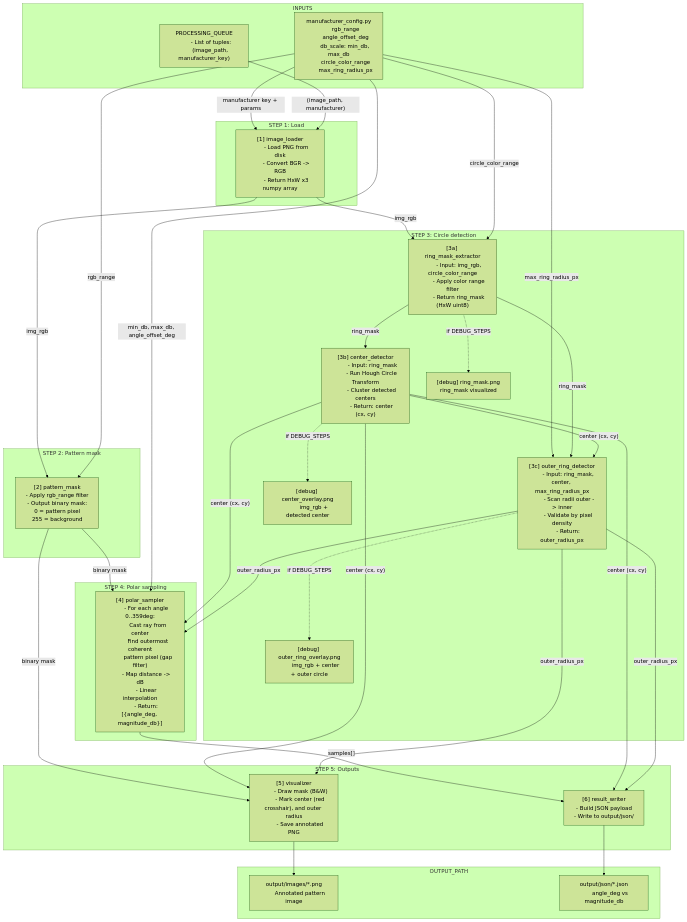
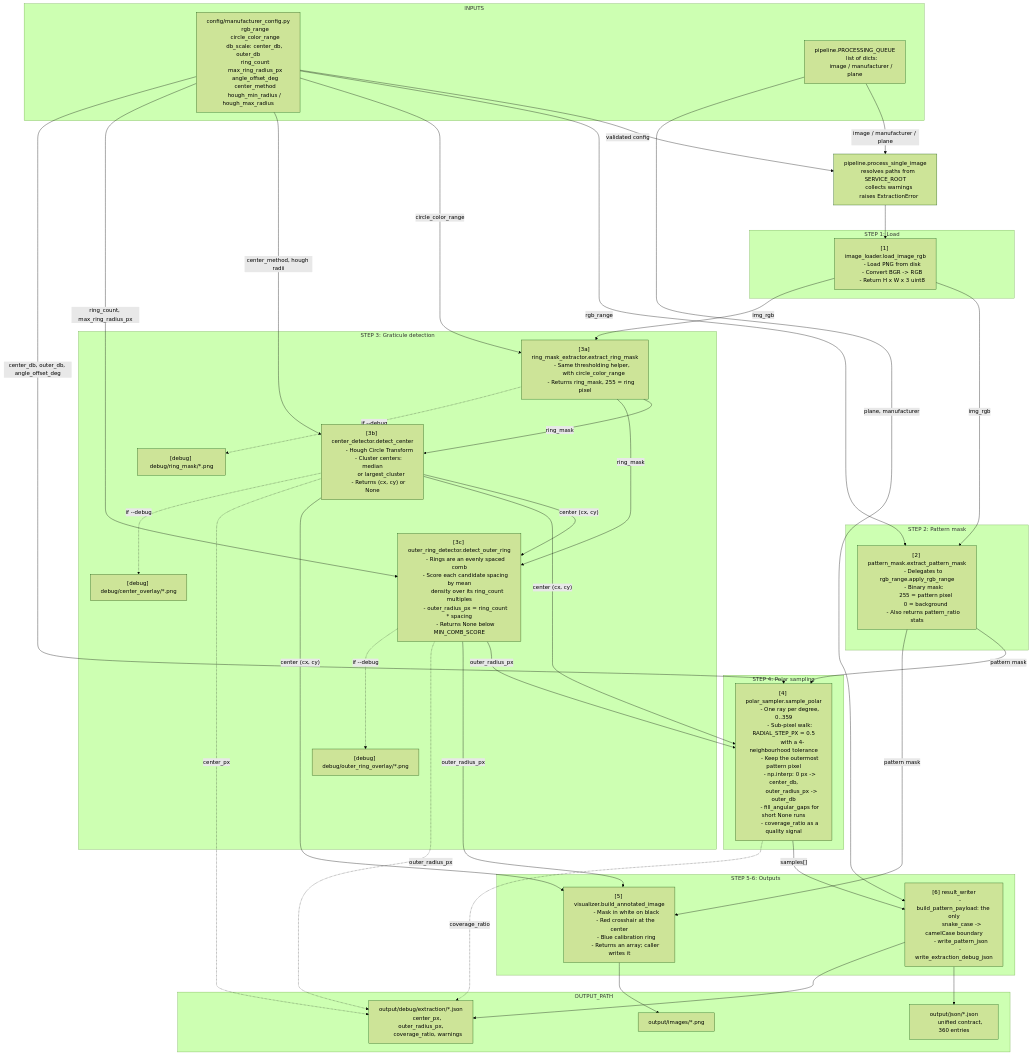
Before and after one commit to carlos777g/antenna-3D-pattern-generator: the diagram in python/reconstruction-service/docs/ARCHITECTURE.md, drawn with Mermaid (forest theme). The commit also changed other lines of this file and 2 other files, not shown here.

Commit message:
docs(reconstruction-service): update architectural specs, workflow rules, and readme

````diff
--- a/python/reconstruction-service/docs/ARCHITECTURE.md
+++ b/python/reconstruction-service/docs/ARCHITECTURE.md
@@ -18,110 +23,137 @@
 ```mermaid
 flowchart TD
     subgraph INPUTS
-        CFG["manufacturer_config.py
+        CFG["config/manufacturer_config.py
         rgb_range
+        circle_color_range
+        db_scale: center_db, outer_db
+        ring_count
+        max_ring_radius_px
         angle_offset_deg
-        db_scale: min_db, max_db
-        circle_color_range
-        max_ring_radius_px"]
+        center_method
+        hough_min_radius / hough_max_radius"]
 
-        QUEUE["PROCESSING_QUEUE
-        - List of tuples:
-        (image_path, manufacturer_key)"]
+        QUEUE["pipeline.PROCESSING_QUEUE
+        list of dicts:
+        image / manufacturer / plane"]
     end
+
+    ORCH["pipeline.process_single_image
+    resolves paths from SERVICE_ROOT
+    collects warnings
+    raises ExtractionError"]
+
     subgraph "STEP 1: Load"
-        LOAD["[1] image_loader
+        LOAD["[1] image_loader.load_image_rgb
         - Load PNG from disk
         - Convert BGR -> RGB
-        - Return HxW x3 numpy array"]
+        - Return H x W x 3 uint8"]
     end
+
     subgraph "STEP 2: Pattern mask"
-        MASK["[2] pattern_mask
-        - Apply rgb_range filter
-        - Output binary mask:
-          0 = pattern pixel
-          255 = background"]
+        MASK["[2] pattern_mask.extract_pattern_mask
+        - Delegates to rgb_range.apply_rgb_range
+        - Binary mask:
+          255 = pattern pixel
+          0 = background
+        - Also returns pattern_ratio stats"]
     end
-    subgraph "STEP 3: Circle detection"
-        RINGMASK["[3a] ring_mask_extractor
-        - Input: img_rgb, circle_color_range
-        - Apply color range filter
-        - Return ring_mask (HxW uint8)"]
 
-        CENTER["[3b] center_detector
-        - Input: ring_mask
-        - Run Hough Circle Transform
-        - Cluster detected centers
-        - Return: center (cx, cy)"]
+    subgraph "STEP 3: Graticule detection"
+        RINGMASK["[3a] ring_mask_extractor.extract_ring_mask
+        - Same thresholding helper,
+          with circle_color_range
+        - Returns ring_mask, 255 = ring pixel"]
 
-        OUTER["[3c] outer_ring_detector
-        - Input: ring_mask, center, max_ring_radius_px
-        - Scan radii outer -> inner
-        - Validate by pixel density
-        - Return: outer_radius_px"]
+        CENTER["[3b] center_detector.detect_center
+        - Hough Circle Transform
+        - Cluster centers: median
+          or largest_cluster
+        - Returns (cx, cy) or None"]
 
-        DBG_3A["[debug] ring_mask.png
-        ring_mask visualized"]
+        OUTER["[3c] outer_ring_detector.detect_outer_ring
+        - Rings are an evenly spaced comb
+        - Score each candidate spacing by mean
+          density over its ring_count multiples
+        - outer_radius_px = ring_count * spacing
+        - Returns None below MIN_COMB_SCORE"]
 
-        DBG_3B["[debug] center_overlay.png
-        img_rgb + detected center"]
-
-        DBG_3C["[debug] outer_ring_overlay.png
-        img_rgb + center + outer circle"]
+        DBG_3A["[debug] debug/ring_mask/*.png"]
+        DBG_3B["[debug] debug/center_overlay/*.png"]
+        DBG_3C["[debug] debug/outer_ring_overlay/*.png"]
     end
 
     subgraph "STEP 4: Polar sampling"
-        POLAR["[4] polar_sampler
-        - For each angle 0..359deg:
-          Cast ray from center
-          Find outermost coherent
-          pattern pixel (gap filter)
-        - Map distance -> dB
-        - Linear interpolation
-        - Return: [{angle_deg, magnitude_db}]"]
+        POLAR["[4] polar_sampler.sample_polar
+        - One ray per degree, 0..359
+        - Sub-pixel walk: RADIAL_STEP_PX = 0.5
+          with a 4-neighbourhood tolerance
+        - Keep the outermost pattern pixel
+        - np.interp: 0 px -> center_db,
+          outer_radius_px -> outer_db
+        - fill_angular_gaps for short None runs
+        - coverage_ratio as a quality signal"]
     end
-    subgraph "STEP 5: Outputs"
-        VIZ["[5] visualizer
-        - Draw mask (B&W)
-        - Mark center (red crosshair), and outer radius
-        - Save annotated PNG"]
+
+    subgraph "STEP 5-6: Outputs"
+        VIZ["[5] visualizer.build_annotated_image
+        - Mask in white on black
+        - Red crosshair at the center
+        - Blue calibration ring
+        - Returns an array; caller writes it"]
 
         WRITER["[6] result_writer
-        - Build JSON payload
-        - Write to output/json/"]
+        - build_pattern_payload: the only
+          snake_case -> camelCase boundary
+        - write_pattern_json
+        - write_extraction_debug_json"]
     end
 
     subgraph OUTPUT_PATH
-        OUT_IMG["output/images/*.png
-        Annotated pattern image"]
+        OUT_IMG["output/images/*.png"]
         OUT_JSON["output/json/*.json
-        angle_deg vs magnitude_db"]
+        unified contract, 360 entries"]
+        OUT_DBG["output/debug/extraction/*.json
+        center_px, outer_radius_px,
+        coverage_ratio, warnings"]
     end
+
     %% FLOW
-    CFG -->|"manufacturer key + params"| LOAD
-    QUEUE -->|"(image_path, manufacturer)"| LOAD
+    QUEUE -->|"image / manufacturer / plane"| ORCH
+    CFG -->|"validated config"| ORCH
+    ORCH --> LOAD
+
     LOAD -->|"img_rgb"| MASK
     LOAD -->|"img_rgb"| RINGMASK
     CFG -->|"rgb_range"| MASK
     CFG -->|"circle_color_range"| RINGMASK
-    CFG -->|"max_ring_radius_px"| OUTER
+    CFG -->|"center_method, hough radii"| CENTER
+    CFG -->|"ring_count, max_ring_radius_px"| OUTER
+
     RINGMASK -->|"ring_mask"| CENTER
     RINGMASK -->|"ring_mask"| OUTER
     CENTER -->|"center (cx, cy)"| OUTER
-    MASK -->|"binary mask"| POLAR
+
+    MASK -->|"pattern mask"| POLAR
     CENTER -->|"center (cx, cy)"| POLAR
     OUTER -->|"outer_radius_px"| POLAR
-    CFG -->|"min_db, max_db, angle_offset_deg"| POLAR
-    MASK -->|"binary mask"| VIZ
+    CFG -->|"center_db, outer_db, angle_offset_deg"| POLAR
+
+    MASK -->|"pattern mask"| VIZ
     CENTER -->|"center (cx, cy)"| VIZ
     OUTER -->|"outer_radius_px"| VIZ
+
     POLAR -->|"samples[]"| WRITER
-    CENTER -->|"center (cx, cy)"| WRITER
-    OUTER -->|"outer_radius_px"| WRITER
+    QUEUE -->|"plane, manufacturer"| WRITER
+
     VIZ --> OUT_IMG
     WRITER --> OUT_JSON
+    WRITER --> OUT_DBG
+    CENTER -.->|"center_px"| OUT_DBG
+    OUTER -.->|"outer_radius_px"| OUT_DBG
+    POLAR -.->|"coverage_ratio"| OUT_DBG
 
-    RINGMASK -.->|"if DEBUG_STEPS"| DBG_3A
-    CENTER -.->|"if DEBUG_STEPS"| DBG_3B
-    OUTER -.->|"if DEBUG_STEPS"| DBG_3C
+    RINGMASK -.->|"if --debug"| DBG_3A
+    CENTER -.->|"if --debug"| DBG_3B
+    OUTER -.->|"if --debug"| DBG_3C
 ```
````
